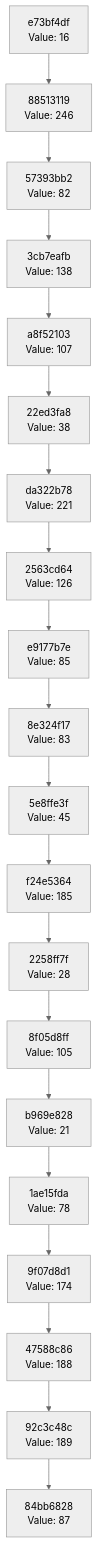
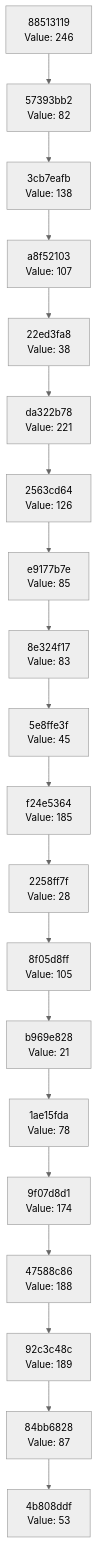
One commit to Abhisheksinha1506/hash-chain-evolver changed the diagram in docs/CHAIN_VISUALIZATION.md. Above: the diagram before and after it, drawn with Mermaid (neutral theme). The commit also changed 2 other files, not shown here.

Commit message:
Evolution Step

````diff
--- a/docs/CHAIN_VISUALIZATION.md
+++ b/docs/CHAIN_VISUALIZATION.md
@@ -3,42 +3,42 @@
 ```mermaid
 graph TD
-    C0["84bb6828<br/>Value: 87"]
-    C1["92c3c48c<br/>Value: 189"]
+    C0["4b808ddf<br/>Value: 53"]
+    C1["84bb6828<br/>Value: 87"]
     C1 --> C0
-    C2["47588c86<br/>Value: 188"]
+    C2["92c3c48c<br/>Value: 189"]
     C2 --> C1
-    C3["9f07d8d1<br/>Value: 174"]
+    C3["47588c86<br/>Value: 188"]
     C3 --> C2
-    C4["1ae15fda<br/>Value: 78"]
+    C4["9f07d8d1<br/>Value: 174"]
     C4 --> C3
-    C5["b969e828<br/>Value: 21"]
+    C5["1ae15fda<br/>Value: 78"]
     C5 --> C4
-    C6["8f05d8ff<br/>Value: 105"]
+    C6["b969e828<br/>Value: 21"]
     C6 --> C5
-    C7["2258ff7f<br/>Value: 28"]
+    C7["8f05d8ff<br/>Value: 105"]
     C7 --> C6
-    C8["f24e5364<br/>Value: 185"]
+    C8["2258ff7f<br/>Value: 28"]
     C8 --> C7
-    C9["5e8ffe3f<br/>Value: 45"]
+    C9["f24e5364<br/>Value: 185"]
     C9 --> C8
-    C10["8e324f17<br/>Value: 83"]
+    C10["5e8ffe3f<br/>Value: 45"]
     C10 --> C9
-    C11["e9177b7e<br/>Value: 85"]
+    C11["8e324f17<br/>Value: 83"]
     C11 --> C10
-    C12["2563cd64<br/>Value: 126"]
+    C12["e9177b7e<br/>Value: 85"]
     C12 --> C11
-    C13["da322b78<br/>Value: 221"]
+    C13["2563cd64<br/>Value: 126"]
     C13 --> C12
-    C14["22ed3fa8<br/>Value: 38"]
+    C14["da322b78<br/>Value: 221"]
     C14 --> C13
-    C15["a8f52103<br/>Value: 107"]
+    C15["22ed3fa8<br/>Value: 38"]
     C15 --> C14
-    C16["3cb7eafb<br/>Value: 138"]
+    C16["a8f52103<br/>Value: 107"]
     C16 --> C15
-    C17["57393bb2<br/>Value: 82"]
+    C17["3cb7eafb<br/>Value: 138"]
     C17 --> C16
-    C18["88513119<br/>Value: 246"]
+    C18["57393bb2<br/>Value: 82"]
     C18 --> C17
-    C19["e73bf4df<br/>Value: 16"]
+    C19["88513119<br/>Value: 246"]
     C19 --> C18
 ```
````
